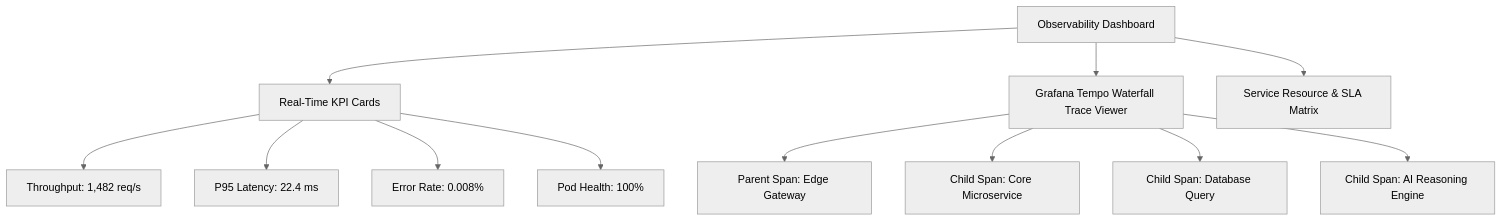
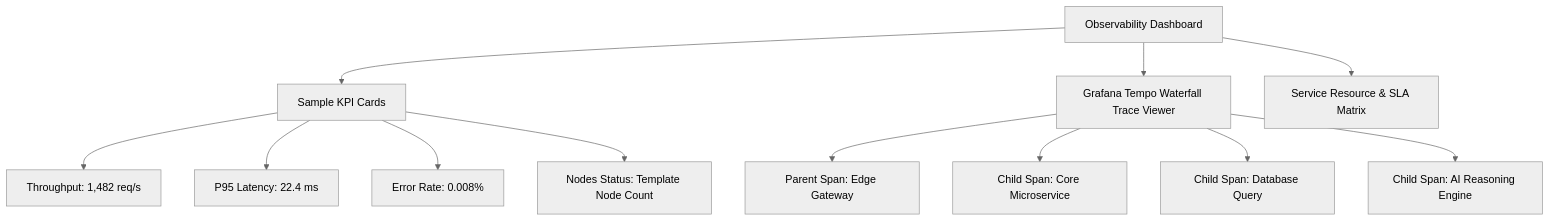
Before and after one commit to SWAGAT10241/documorph: the diagram in docs/wiki/Observability-and-Grafana-Tracing.md, drawn with Mermaid (neutral theme). The commit also changed other lines of this file and 4 other files, not shown here.

````diff
--- a/docs/wiki/Observability-and-Grafana-Tracing.md
+++ b/docs/wiki/Observability-and-Grafana-Tracing.md
@@ -9,16 +9,16 @@
 ```mermaid
 graph TD
-    A["Observability Dashboard"] --> B["Real-Time KPI Cards"]
+    A["Observability Dashboard"] --> B["Sample KPI Cards"]
     A --> C["Grafana Tempo Waterfall Trace Viewer"]
     A --> D["Service Resource & SLA Matrix"]
 
     B --> B1["Throughput: 1,482 req/s"]
     B --> B2["P95 Latency: 22.4 ms"]
     B --> B3["Error Rate: 0.008%"]
-    B --> B4["Pod Health: 100%"]
+    B --> B4["Nodes Status: Template Node Count"]
 
     C --> C1["Parent Span: Edge Gateway"]
     C --> C2["Child Span: Core Microservice"]
     C --> C3["Child Span: Database Query"]
     C --> C4["Child Span: AI Reasoning Engine"]
 ```
````
